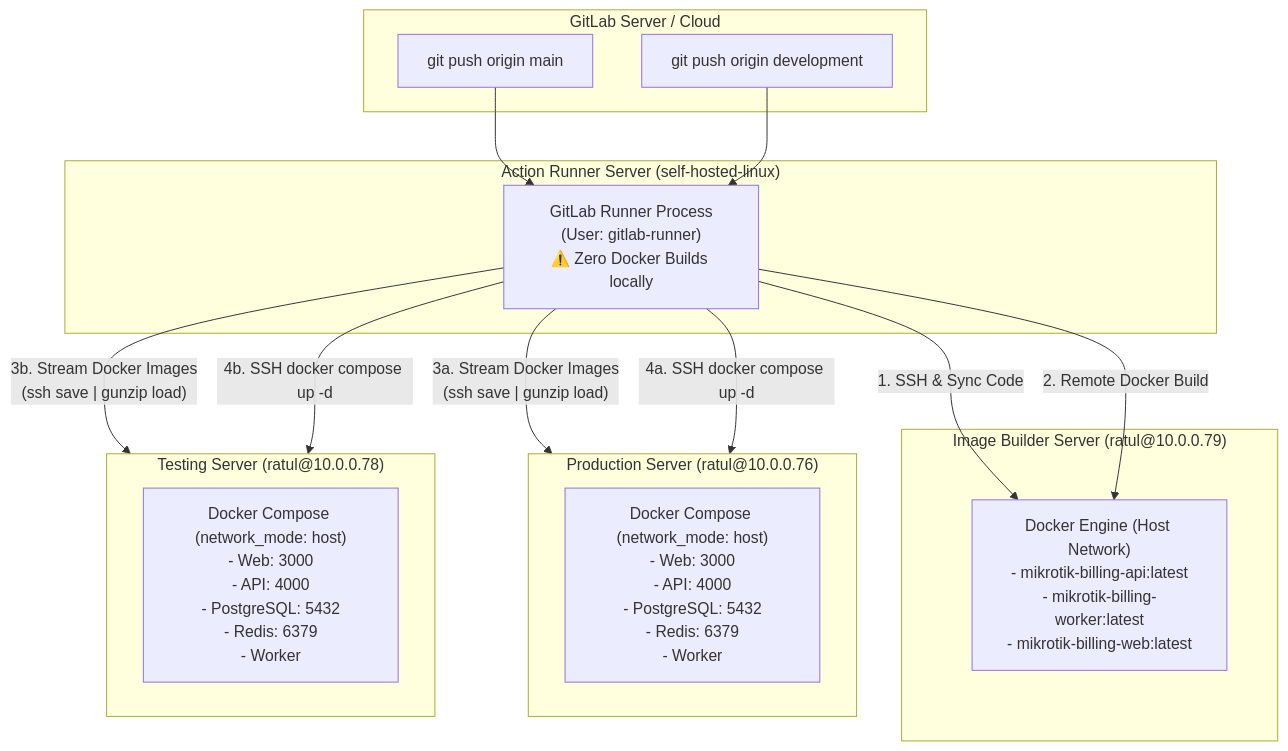
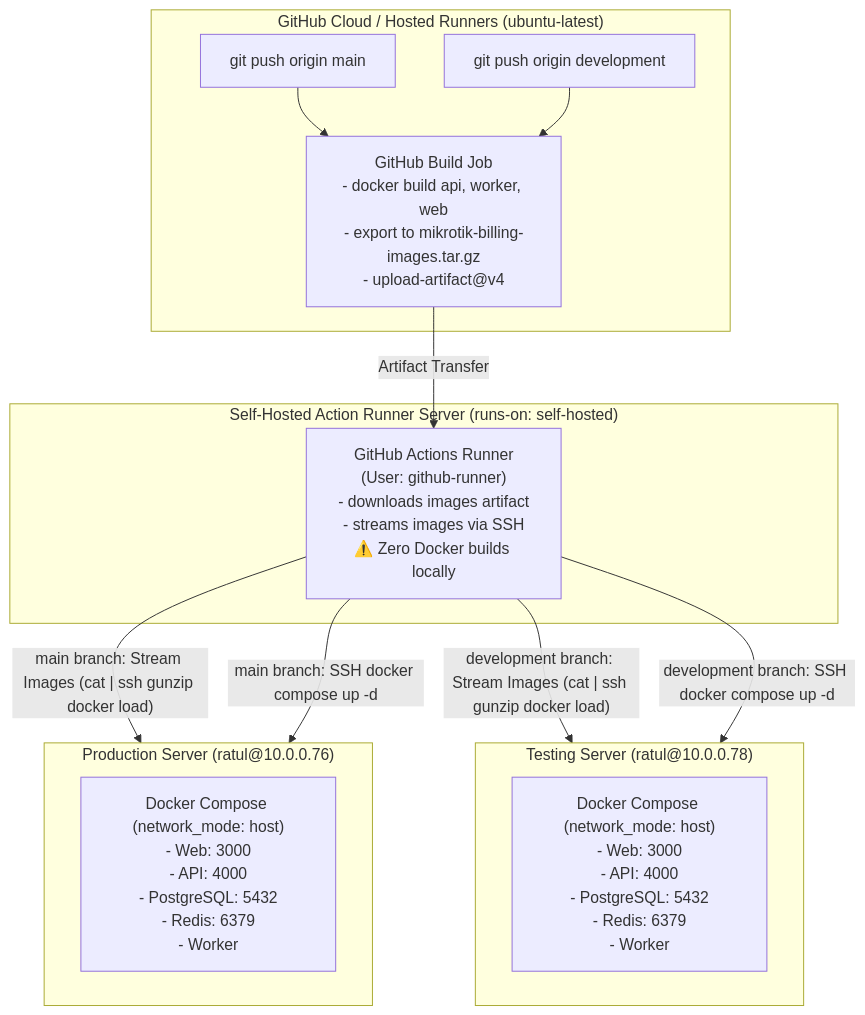
One commit to rezwanahmedratul/mikrotik-billing-system changed the diagram in docs/cicd-pipeline.md. Above: the diagram before and after it, drawn with Mermaid. The commit also changed other lines of this file and 2 other files, not shown here.

Commit message:
feat(ci): add GitHub Actions workflow and documentation for self-hosted deployment

````diff
--- a/docs/cicd-pipeline.md
+++ b/docs/cicd-pipeline.md
@@ -11,35 +11,30 @@
 ```mermaid
 flowchart TD
-    subgraph GitLab["GitLab Server / Cloud"]
+    subgraph GitHubCloud["GitHub Cloud / Hosted Runners (ubuntu-latest)"]
         PushMain["git push origin main"]
         PushDev["git push origin development"]
+        GHBuild["GitHub Build Job\n- docker build api, worker, web\n- export to mikrotik-billing-images.tar.gz\n- upload-artifact@v4"]
     end
 
-    subgraph RunnerNode["Action Runner Server (self-hosted-linux)"]
-        Runner["GitLab Runner Process\n(User: gitlab-runner)\n⚠️ Zero Docker Builds locally"]
-    end
-
-    subgraph BuilderNode["Image Builder Server (ratul@10.0.0.79)"]
-        Builder["Docker Engine (Host Network)\n- mikrotik-billing-api:latest\n- mikrotik-billing-worker:latest\n- mikrotik-billing-web:latest"]
+    subgraph RunnerNode["Self-Hosted Action Runner Server (runs-on: self-hosted)"]
+        Runner["GitHub Actions Runner\n(User: github-runner)\n- downloads images artifact\n- streams images via SSH\n⚠️ Zero Docker builds locally"]
     end
 
     subgraph ProdNode["Production Server (ratul@10.0.0.76)"]
         ProdCompose["Docker Compose (network_mode: host)\n- Web: 3000\n- API: 4000\n- PostgreSQL: 5432\n- Redis: 6379\n- Worker"]
     end
 
     subgraph TestNode["Testing Server (ratul@10.0.0.78)"]
         TestCompose["Docker Compose (network_mode: host)\n- Web: 3000\n- API: 4000\n- PostgreSQL: 5432\n- Redis: 6379\n- Worker"]
     end
 
-    PushMain --> Runner
-    PushDev --> Runner
+    PushMain --> GHBuild
+    PushDev --> GHBuild
+    GHBuild -- "Artifact Transfer" --> Runner
 
-    Runner -- "1. SSH & Sync Code" --> Builder
-    Runner -- "2. Remote Docker Build" --> Builder
+    Runner -- "main branch: Stream Images (cat | ssh gunzip docker load)" --> ProdNode
+    Runner -- "main branch: SSH docker compose up -d" --> ProdNode
 
-    Runner -- "3a. Stream Docker Images\n(ssh save | gunzip load)" --> ProdNode
-    Runner -- "4a. SSH docker compose up -d" --> ProdNode
-
-    Runner -- "3b. Stream Docker Images\n(ssh save | gunzip load)" --> TestNode
-    Runner -- "4b. SSH docker compose up -d" --> TestNode
+    Runner -- "development branch: Stream Images (cat | ssh gunzip docker load)" --> TestNode
+    Runner -- "development branch: SSH docker compose up -d" --> TestNode
 ```
````
